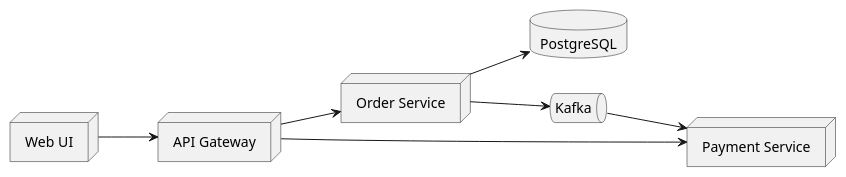
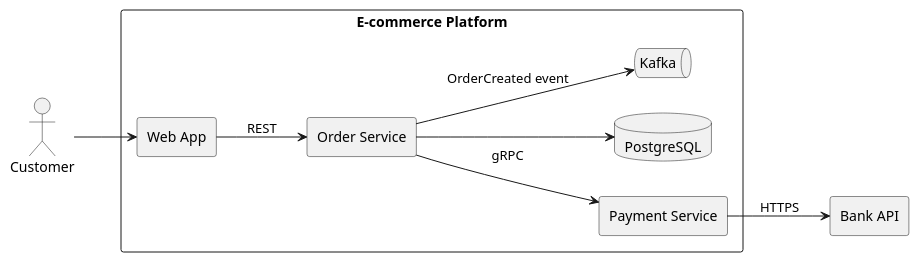
One commit to iwizy/analyst_kb changed the diagram in docs/notations/c4.md. Above: the diagram before and after it, drawn with PlantUML. The commit also changed other lines of this file and 20 other files, not shown here.

````diff
--- a/docs/notations/c4.md
+++ b/docs/notations/c4.md
@@ -44,18 +36,21 @@
 ```kroki-plantuml
 @startuml
 left to right direction
-node "Web UI" as UI
-node "API Gateway" as GW
-node "Order Service" as Order
-node "Payment Service" as Pay
-database "PostgreSQL" as DB
-queue "Kafka" as Kafka
+actor Customer
+rectangle "E-commerce Platform" as SYS {
+  rectangle "Web App" as WEB
+  rectangle "Order Service" as ORD
+  rectangle "Payment Service" as PAY
+  database "PostgreSQL" as DB
+  queue "Kafka" as K
+}
+rectangle "Bank API" as BANK
 
-UI --> GW
-GW --> Order
-GW --> Pay
-Order --> DB
-Order --> Kafka
-Kafka --> Pay
+Customer --> WEB
+WEB --> ORD : REST
+ORD --> PAY : gRPC
+ORD --> DB
+PAY --> BANK : HTTPS
+ORD --> K : OrderCreated event
 @enduml
 ```
````
